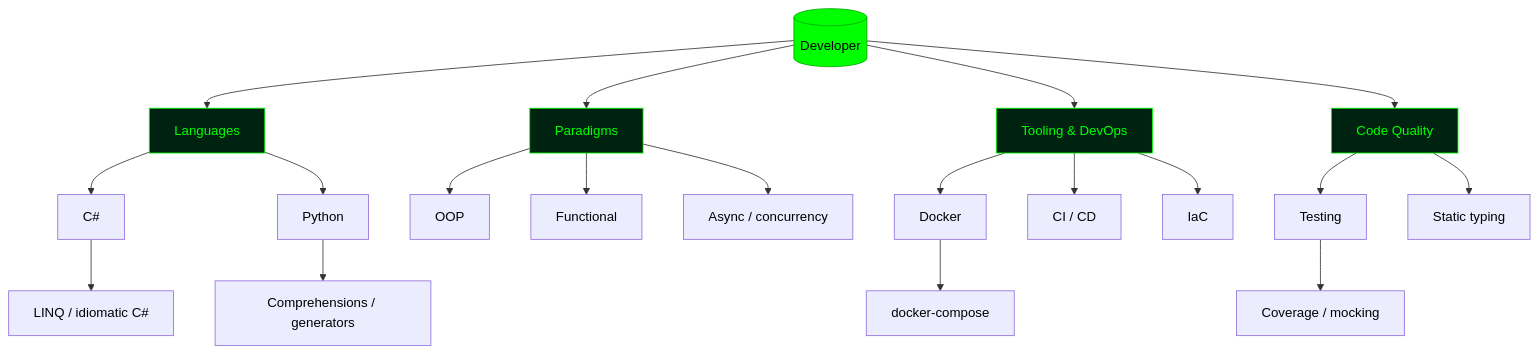
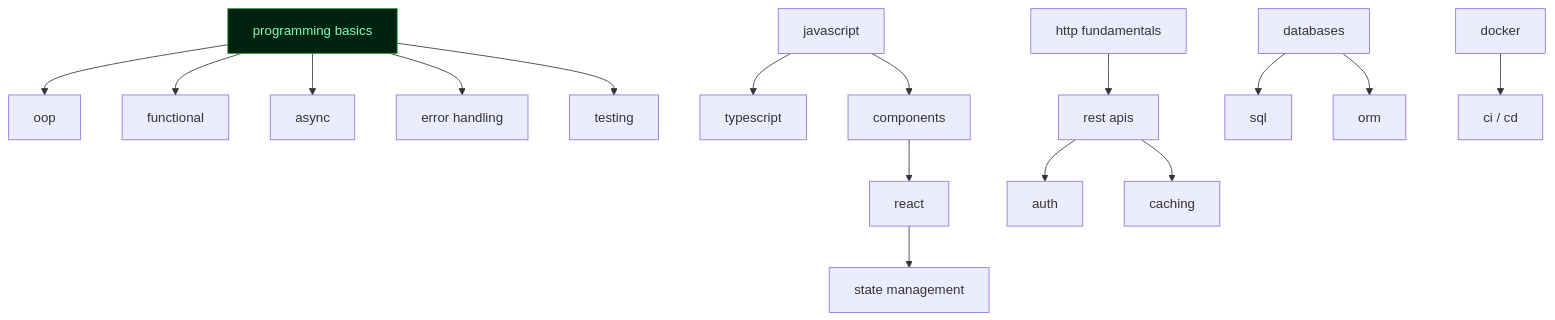
The third of 4 diagrams in README.md (Kertis4/github-skilltree), drawn with Mermaid before and after one commit. The commit also changed other lines of this file, not shown here.

````diff
--- a/README.md
+++ b/README.md
@@ -155,30 +133,24 @@
 ```mermaid
 flowchart TD
-    classDef root fill:#0f0,color:#000,stroke:#0a0
-    classDef cat fill:#021,color:#0f0,stroke:#0f0
+    classDef d fill:#021,color:#7CFFB2,stroke:#2ea043
 
-    ROOT[(Developer)]:::root
+    PROG[programming basics]:::d
+    PROG --> OOP[oop]
+    PROG --> FUNC[functional]
+    PROG --> ASYNC[async]
+    PROG --> ERR[error handling]
+    PROG --> TEST[testing]
 
-    ROOT --> LANG[Languages]:::cat
-    ROOT --> PARA[Paradigms]:::cat
-    ROOT --> TOOL[Tooling & DevOps]:::cat
-    ROOT --> QUAL[Code Quality]:::cat
+    JS[javascript] --> TS[typescript]
+    JS --> COMP[components]
+    COMP --> REACT[react]
+    REACT --> STATE[state management]
 
-    LANG --> CS[C#]
-    LANG --> PY[Python]
-    CS --> LINQ[LINQ / idiomatic C#]
-    PY --> COMP[Comprehensions / generators]
+    HTTP[http fundamentals] --> REST[rest apis]
+    REST --> AUTH[auth]
+    REST --> CACHE[caching]
+    DB[databases] --> SQL[sql]
+    DB --> ORM[orm]
 
-    PARA --> OOP[OOP]
-    PARA --> FUNC[Functional]
-    PARA --> ASYNC[Async / concurrency]
-
-    TOOL --> DOCKER[Docker]
-    TOOL --> CI[CI / CD]
-    TOOL --> IAC[IaC]
-    DOCKER --> COMPOSE[docker-compose]
-
-    QUAL --> TEST[Testing]
-    QUAL --> TYPES[Static typing]
-    TEST --> COV[Coverage / mocking]
+    DOCKER[docker] --> CI[ci / cd]
 ```
````
